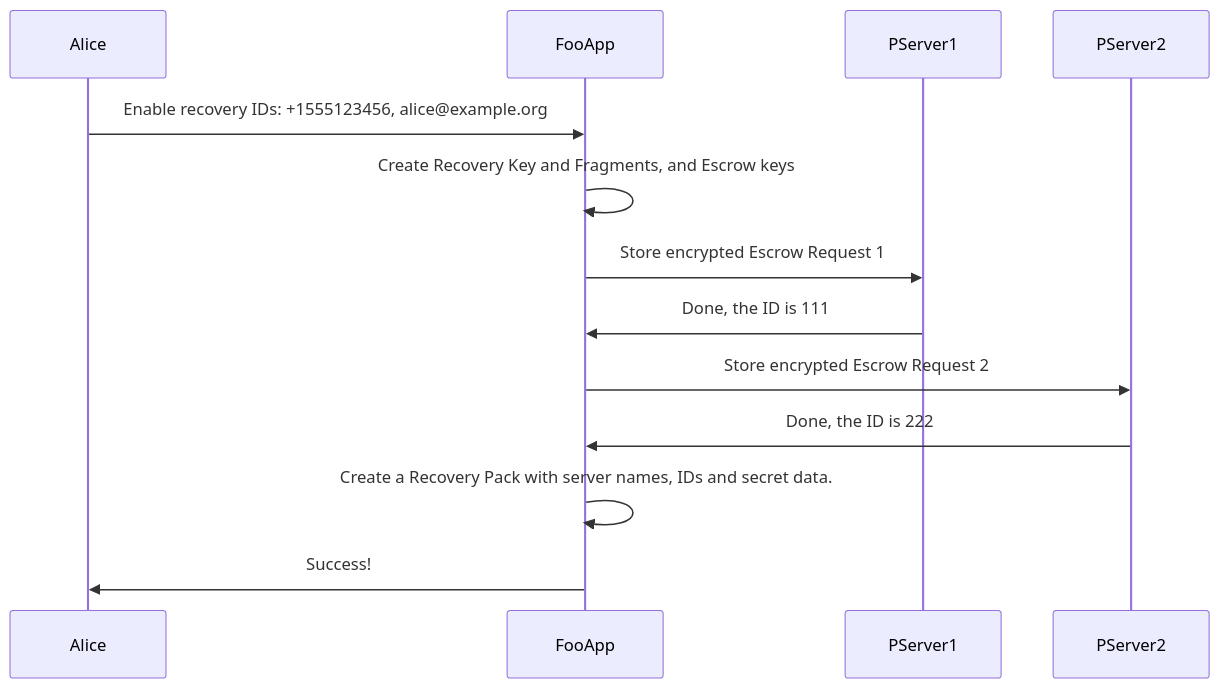
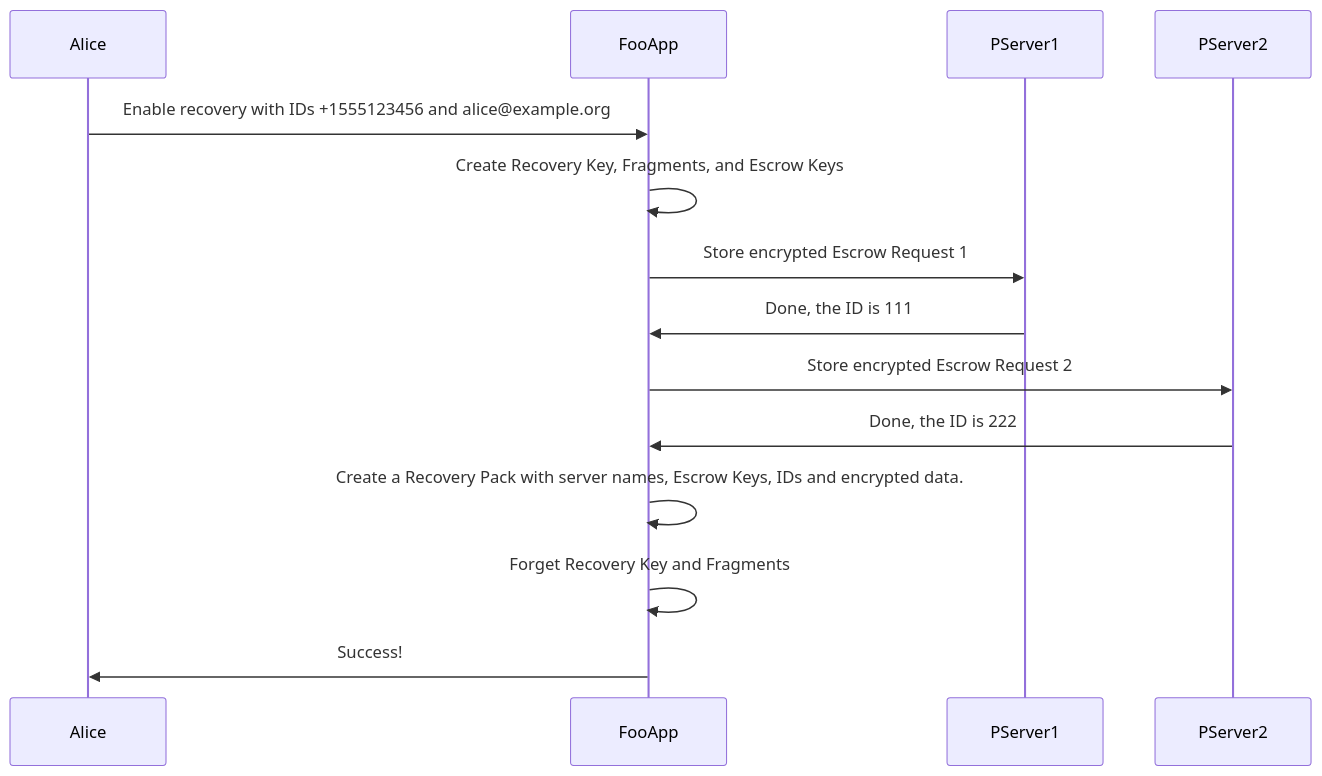
One commit to mailpile/python-passcrow changed the first of 2 diagrams in docs/PROTOCOL.md. Above: the diagram before and after it, drawn with Mermaid. The commit also changed other lines of this file, not shown here.

````diff
--- a/docs/PROTOCOL.md
+++ b/docs/PROTOCOL.md
@@ -147,15 +147,16 @@
 ```mermaid
 sequenceDiagram
     participant Alice
     participant FooApp
     participant PServer1
     participant PServer2
-    Alice->>FooApp: Enable recovery IDs: +1555123456, alice@example.org
-    FooApp->>FooApp: Create Recovery Key and Fragments, and Escrow keys
+    Alice->>FooApp: Enable recovery with IDs +1555123456 and alice@example.org
+    FooApp->>FooApp: Create Recovery Key, Fragments, and Escrow Keys
     FooApp->>PServer1: Store encrypted Escrow Request 1
     PServer1->>FooApp: Done, the ID is 111
     FooApp->>PServer2: Store encrypted Escrow Request 2
     PServer2->>FooApp: Done, the ID is 222
-    FooApp->>FooApp: Create a Recovery Pack with server names, IDs and secret data.
+    FooApp->>FooApp: Create a Recovery Pack with server names, Escrow Keys, IDs and encrypted data.
+    FooApp->>FooApp: Forget Recovery Key and Fragments
     FooApp->>Alice: Success!
 ```
````
